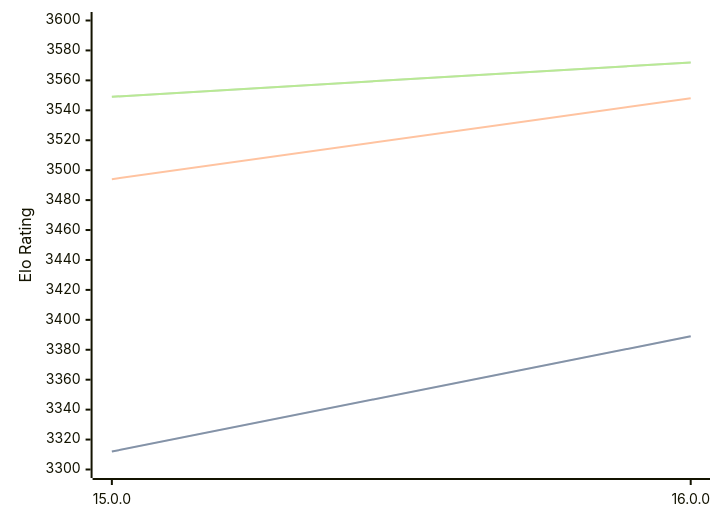
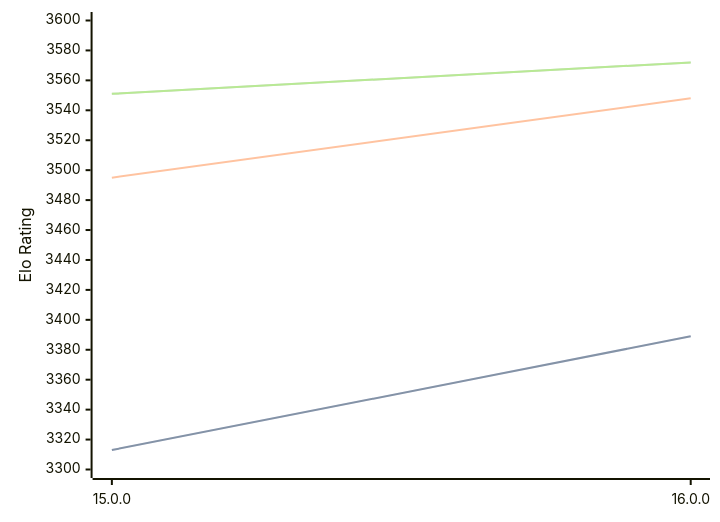
One commit to computer-chess-index/cci changed the diagram in engines/Halogen.md. Above: the diagram before and after it, drawn with Mermaid. The commit also changed other lines of this file, not shown here.

Commit message:
Update CCI Ratings (ELO VLTC) - 2026-04-05

````diff
--- a/engines/Halogen.md
+++ b/engines/Halogen.md
@@ -50,11 +50,11 @@
 ```mermaid
 %%{init: {"theme":"base","themeVariables":{"seriesColors:['#a3a3a3','#222221','#faa371']}}}%%
 xychart-beta
   x-axis ["15.0.0", "16.0.0"]
   y-axis "Elo Rating" 3300 --> 3600
-  line "STC (8.0+0.08s)" [3312, 3389]
-  line "STC (8.0+0.08s)" [3312, 3389]
-  line "LTC (60.0+0.60s)" [3494, 3548]
-  line "VLTC (2m24s+1.12s)" [3549, 3572]
-  line "VLTC (2m24s+1.12s)" [3549, 3572]
+  line "STC (8.0+0.08s)" [3313, 3389]
+  line "STC (8.0+0.08s)" [3313, 3389]
+  line "LTC (60.0+0.60s)" [3495, 3548]
+  line "VLTC (2m24s+1.12s)" [3551, 3572]
+  line "VLTC (2m24s+1.12s)" [3551, 3572]
 ```
````
